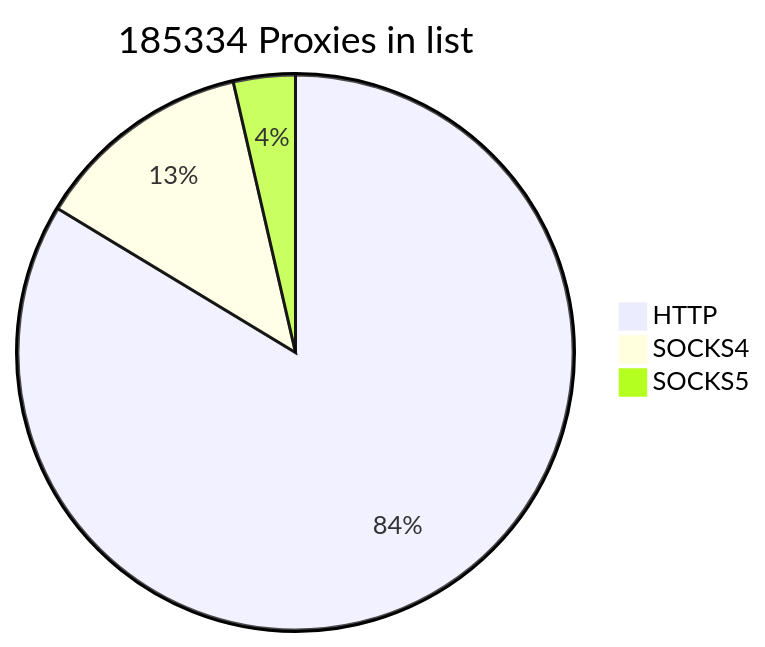
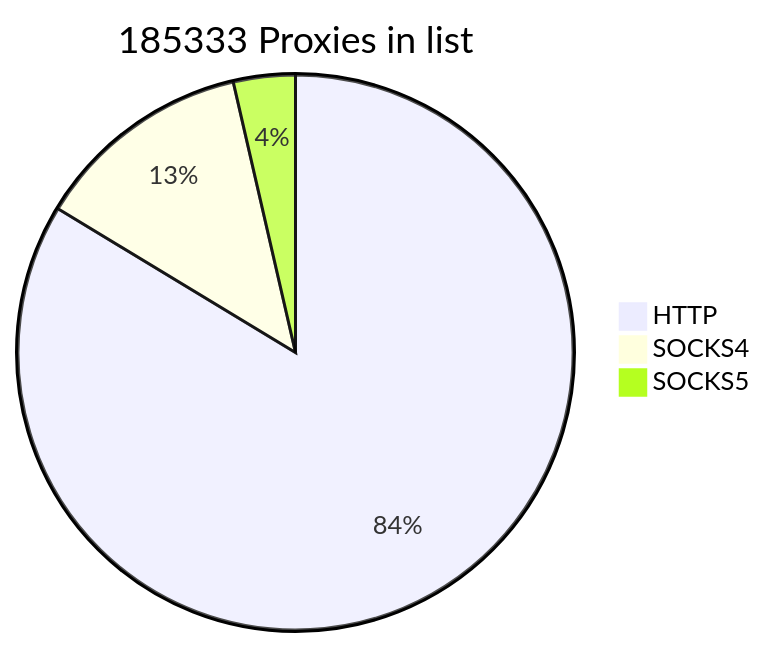
The first of 2 diagrams in README.md (cutipu/proxylist), drawn with Mermaid before and after one commit. The commit also changed other lines of this file, not shown here.

````diff
--- a/README.md
+++ b/README.md
@@ -2,7 +2,7 @@
 ```mermaid
-pie title 185334 Proxies in list
+pie title 185333 Proxies in list
     "HTTP" : 155054
     "SOCKS4" : 23609
-    "SOCKS5" : 6671
+    "SOCKS5" : 6670
             
 ```
````
